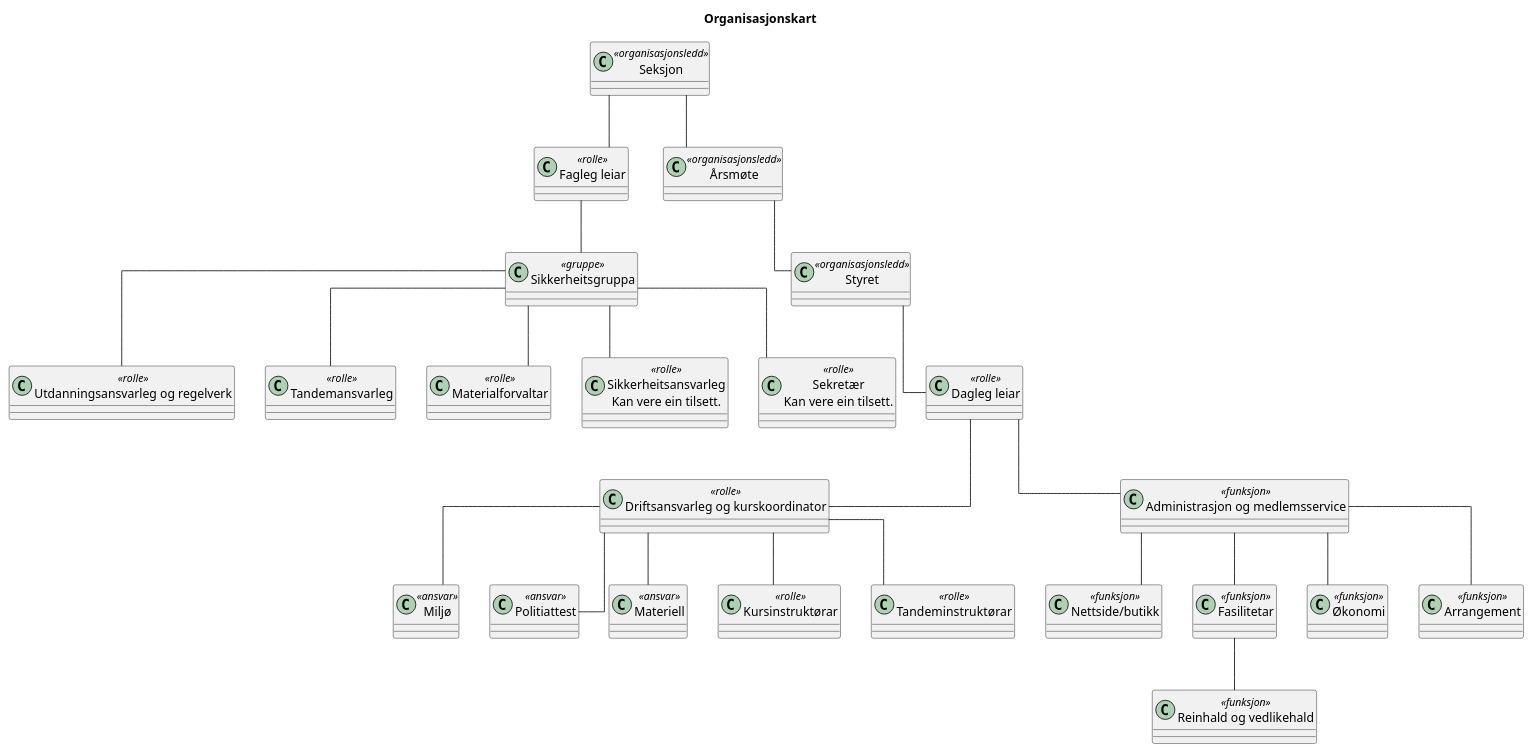
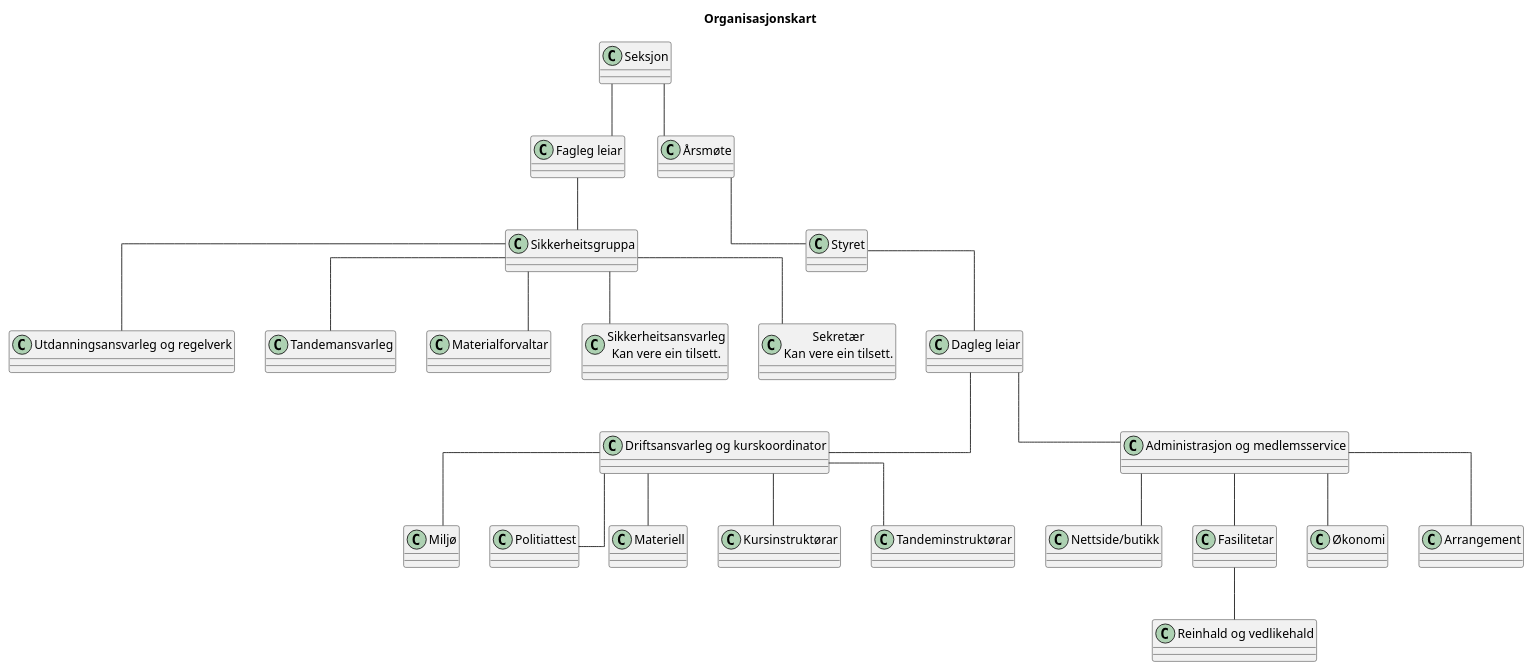
One commit to vosshpk/wiki changed the diagram in nn/organisatorisk/organisasjonsplan.md. Above: the diagram before and after it, drawn with PlantUML. The commit also changed 3 other files, not shown here.

Commit message:
Org. plan + strategy update and UML

````diff
--- a/nn/organisatorisk/organisasjonsplan.md
+++ b/nn/organisatorisk/organisasjonsplan.md
@@ -9,53 +9,53 @@
 ```plantuml
 title Organisasjonskart
 top to bottom direction
 skinparam classAttributeIconSize 0
 skinparam linetype ortho
 
-class "Seksjon" as Seksjon <<organisasjonsledd>>
-class "Fagleg leiar" as FaglegLeiar <<rolle>>
-class "Sikkerheitsgruppa" as Sikkerheitsgruppa <<gruppe>>
-class "Utdanningsansvarleg og regelverk" as UtdanningRegelverk <<rolle>>
-class "Tandemansvarleg" as Tandemansvarleg <<rolle>>
-class "Materialforvaltar" as Materialforvaltar <<rolle>>
-class "Sikkerheitsansvarleg\nKan vere ein tilsett." as Sikkerheitsansvarleg <<rolle>>
-class "Sekretær\nKan vere ein tilsett." as Sekretaer <<rolle>>
-class "Årsmøte" as Aarsmoete <<organisasjonsledd>>
-class "Styret" as Styret <<organisasjonsledd>>
-class "Dagleg leiar" as DaglegLeiar <<rolle>>
-class "Driftsansvarleg og kurskoordinator" as DriftKurs <<rolle>>
-class "Miljø" as Miljoe <<ansvar>>
-class "Politiattest" as Politiattest <<ansvar>>
-class "Materiell" as Materiell <<ansvar>>
-class "Kursinstruktørar" as Kursinstruktoerar <<rolle>>
-class "Tandeminstruktørar" as Tandeminstruktoerar <<rolle>>
-class "Administrasjon og medlemsservice" as Administrasjon <<funksjon>>
-class "Nettside/butikk" as NettsideButikk <<funksjon>>
-class "Fasilitetar" as Fasilitetar <<funksjon>>
-class "Reinhald og vedlikehald" as ReinhaldVedlikehald <<funksjon>>
-class "Økonomi" as Oekonomi <<funksjon>>
-class "Arrangement" as Arrangement <<funksjon>>
+class "Seksjon" as Seksjon
+class "Fagleg leiar" as FaglegLeiar
+class "Sikkerheitsgruppa" as Sikkerheitsgruppa
+class "Utdanningsansvarleg og regelverk" as UtdanningRegelverk
+class "Tandemansvarleg" as Tandemansvarleg
+class "Materialforvaltar" as Materialforvaltar
+class "Sikkerheitsansvarleg\nKan vere ein tilsett." as Sikkerheitsansvarleg
+class "Sekretær\nKan vere ein tilsett." as Sekretaer
+class "Årsmøte" as Aarsmoete
+class "Styret" as Styret
+class "Dagleg leiar" as DaglegLeiar
+class "Driftsansvarleg og kurskoordinator" as DriftKurs
+class "Miljø" as Miljoe
+class "Politiattest" as Politiattest
+class "Materiell" as Materiell
+class "Kursinstruktørar" as Kursinstruktoerar
+class "Tandeminstruktørar" as Tandeminstruktoerar
+class "Administrasjon og medlemsservice" as Administrasjon
+class "Nettside/butikk" as NettsideButikk
+class "Fasilitetar" as Fasilitetar
+class "Reinhald og vedlikehald" as ReinhaldVedlikehald
+class "Økonomi" as Oekonomi
+class "Arrangement" as Arrangement
 
 Seksjon -- FaglegLeiar
 Seksjon -- Aarsmoete
 FaglegLeiar -- Sikkerheitsgruppa
 Sikkerheitsgruppa -- UtdanningRegelverk
 Sikkerheitsgruppa -- Tandemansvarleg
 Sikkerheitsgruppa -- Materialforvaltar
 Sikkerheitsgruppa -- Sikkerheitsansvarleg
 Sikkerheitsgruppa -- Sekretaer
 Aarsmoete -- Styret
 Styret -- DaglegLeiar
 DaglegLeiar -- DriftKurs
 DriftKurs -- Miljoe
 DriftKurs -- Politiattest
 DriftKurs -- Materiell
 DriftKurs -- Kursinstruktoerar
 DriftKurs -- Tandeminstruktoerar
 DaglegLeiar -- Administrasjon
 Administrasjon -- NettsideButikk
 Administrasjon -- Fasilitetar
 Fasilitetar -- ReinhaldVedlikehald
 Administrasjon -- Oekonomi
 Administrasjon -- Arrangement
 ```
````
